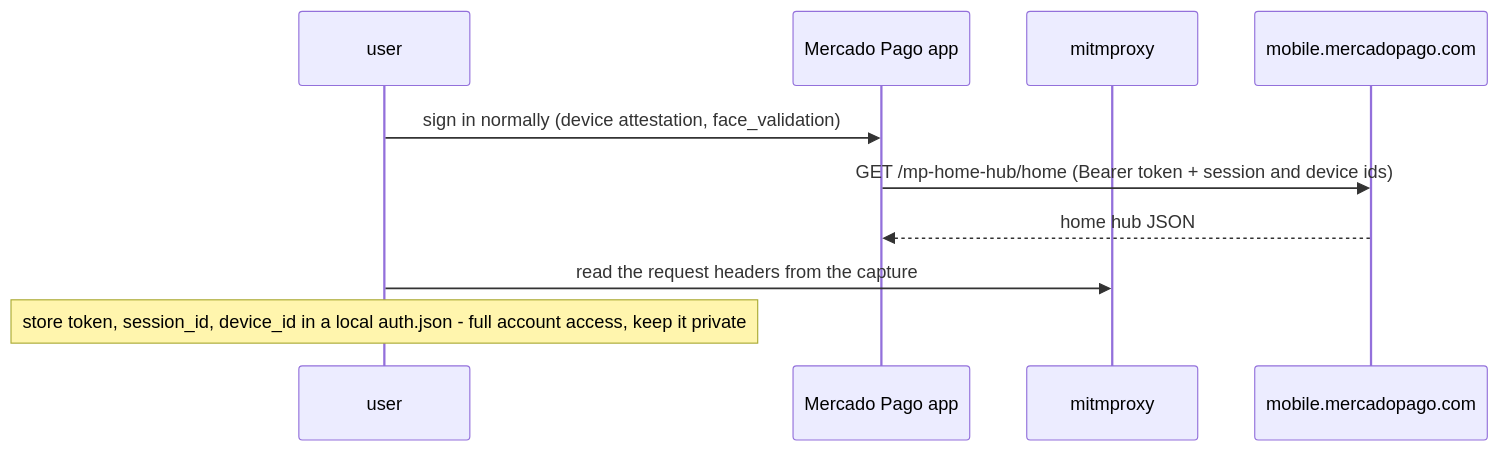
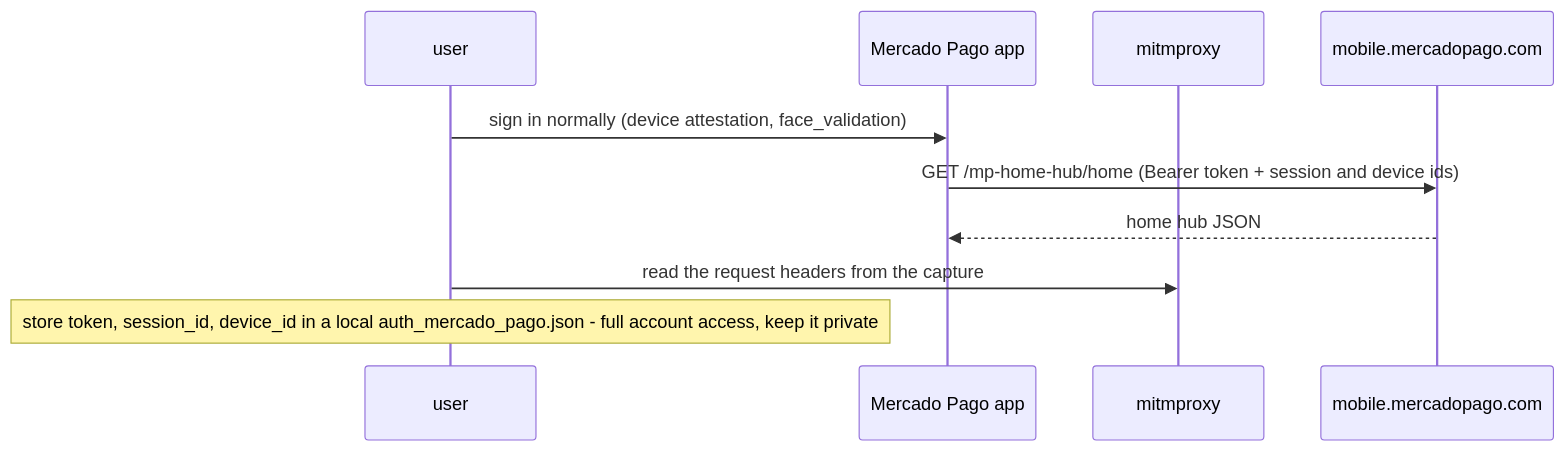
Before and after one commit to PaoloReyes/finscraper-mx: the first of 2 diagrams in docs/flows/mercado_pago.md, drawn with Mermaid. The commit also changed other lines of this file and 23 other files, not shown here.

````diff
--- a/docs/flows/mercado_pago.md
+++ b/docs/flows/mercado_pago.md
@@ -20,13 +22,13 @@
 ```mermaid
 sequenceDiagram
   participant U as user
   participant A as Mercado Pago app
   participant M as mitmproxy
   participant S as mobile.mercadopago.com
 
   U->>A: sign in normally (device attestation, face_validation)
   A->>S: GET /mp-home-hub/home  (Bearer token + session and device ids)
   S-->>A: home hub JSON
   U->>M: read the request headers from the capture
-  Note over U: store token, session_id, device_id in a local auth.json - full account access, keep it private
+  Note over U: store token, session_id, device_id in a local auth_mercado_pago.json - full account access, keep it private
 ```
````
